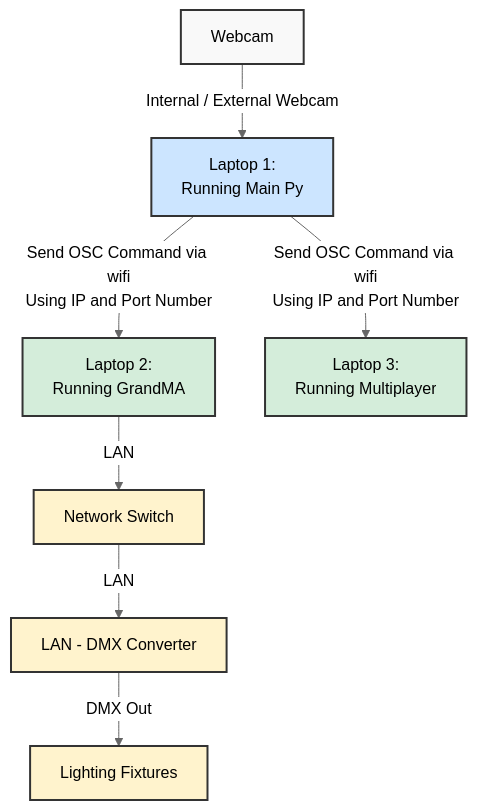
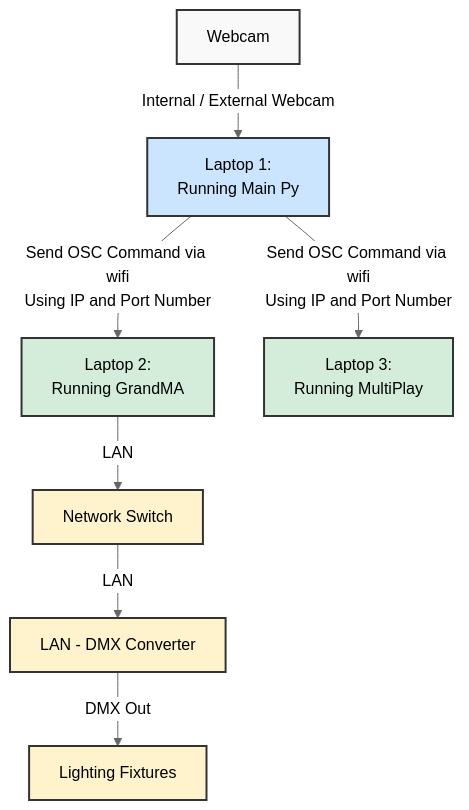
One commit to cel-esx/EGL314_TeamB changed the diagram in README.md. Above: the diagram before and after it, drawn with Mermaid (neutral theme). The commit also changed other lines of this file, not shown here.

````diff
--- a/README.md
+++ b/README.md
@@ -35,26 +35,26 @@
 ```mermaid
 graph TD
     %% Style Definitions
     classDef inputs fill:#f9f9f9,stroke:#333,stroke-width:2px;
     classDef master fill:#cce5ff,stroke:#333,stroke-width:2px;
     classDef target fill:#d4edda,stroke:#333,stroke-width:2px;
     classDef hardware fill:#fff3cd,stroke:#333,stroke-width:2px;
 
     %% Main Input and Master Controller
     A[Webcam] -->|Internal / External Webcam| B[Laptop 1:<br>Running Main Py]
 
     %% Network Distribution via Wi-Fi
     B -->|Send OSC Command via wifi<br>Using IP and Port Number| C[Laptop 2:<br>Running GrandMA]
-    B -->|Send OSC Command via wifi<br>Using IP and Port Number| D[Laptop 3:<br>Running Multiplayer]
+    B -->|Send OSC Command via wifi<br>Using IP and Port Number| D[Laptop 3:<br>Running MultiPlay]
 
     %% Laptop 2 / Lighting Hardware Pipeline
     C -->|LAN| E[Network Switch]
     E -->|LAN| F[LAN - DMX Converter]
     F -->|DMX Out| G[Lighting Fixtures]
 
     %% Assign Styles to Match Hardware Roles
     class A inputs;
     class B master;
     class C,D target;
     class E,F,G hardware;
 ```
````
